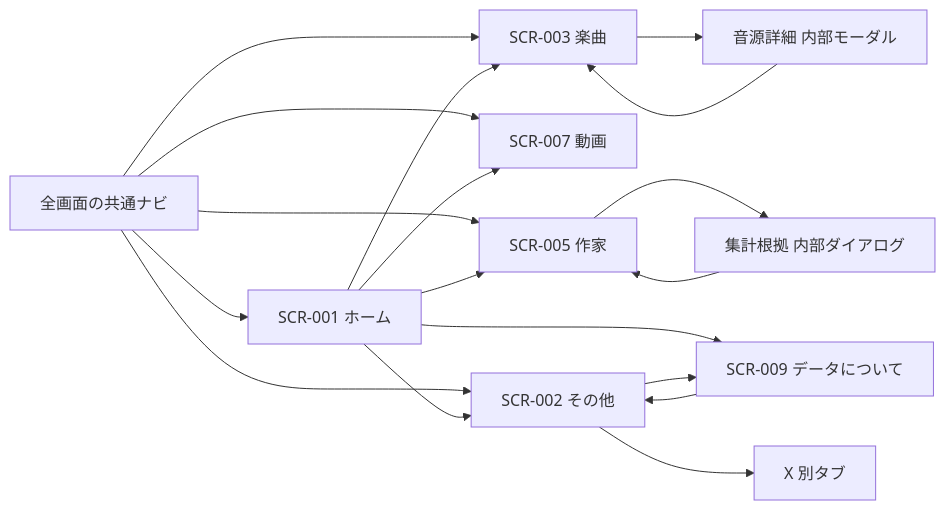
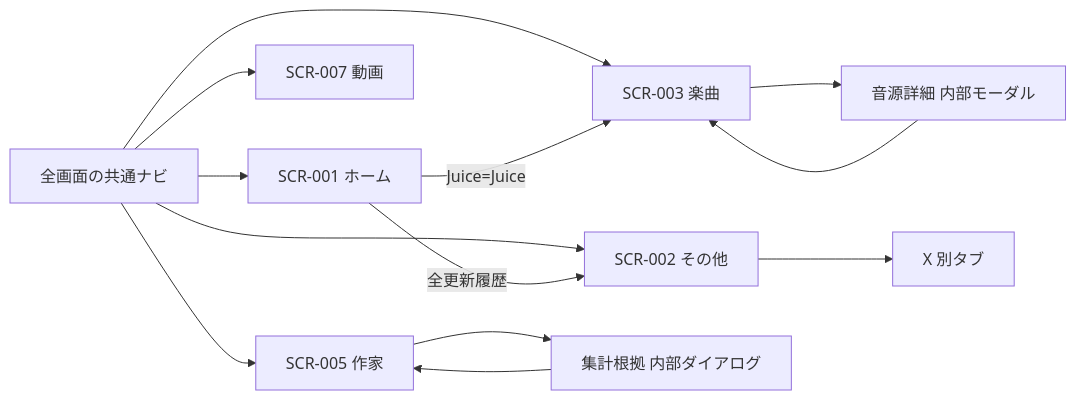
Before and after one commit to YutoSuga/helloproject-song-data: the diagram in docs/design/screens/画面一覧.md, drawn with Mermaid. The commit also changed other lines of this file and 22 other files, not shown here.

````diff
--- a/docs/design/screens/画面一覧.md
+++ b/docs/design/screens/画面一覧.md
@@ -19,20 +18,15 @@
 ```mermaid
 flowchart LR
  N[全画面の共通ナビ] --> H[SCR-001 ホーム]
  N --> S[SCR-003 楽曲]
  N --> V[SCR-007 動画]
  N --> C[SCR-005 作家]
  N --> M[SCR-002 その他]
- H --> S
- H --> C
- H --> V
- H --> M
- H --> A[SCR-009 データについて]
- M --> A
- A --> M
+ H -->|Juice=Juice| S
+ H -->|全更新履歴| M
  M --> X[X 別タブ]
  S --> SD[音源詳細 内部モーダル]
  SD --> S
  C --> D[集計根拠 内部ダイアログ]
  D --> C
 ```
````
